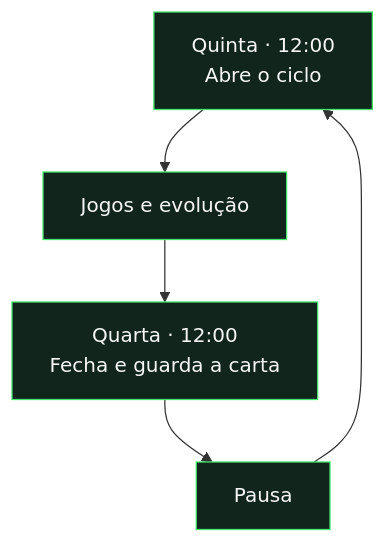
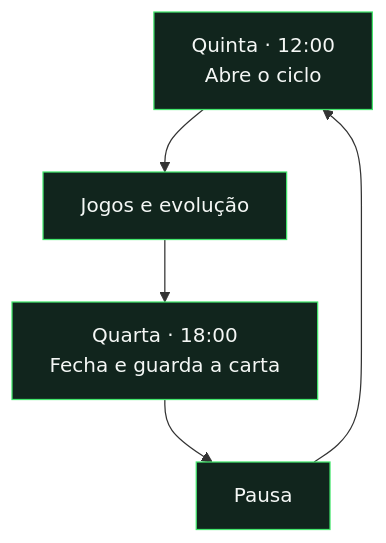
The second of 2 diagrams in docs/reference/cards-and-ratings.md (MeguminKami/peladinhas-cards), drawn with Mermaid before and after one commit. The commit also changed other lines of this file and 36 other files, not shown here.

````diff
--- a/docs/reference/cards-and-ratings.md
+++ b/docs/reference/cards-and-ratings.md
@@ -46,8 +46,8 @@
 ```mermaid
 flowchart TB
     classDef default fill:#11251d,stroke:#42e66c,color:#f4f7f5,stroke-width:1px;
     A["Quinta · 12:00<br/>Abre o ciclo"] --> B["Jogos e evolução"]
-    B --> C["Quarta · 12:00<br/>Fecha e guarda a carta"]
+    B --> C["Quarta · 18:00<br/>Fecha e guarda a carta"]
     C --> D["Pausa"]
     D --> A
 ```
````
